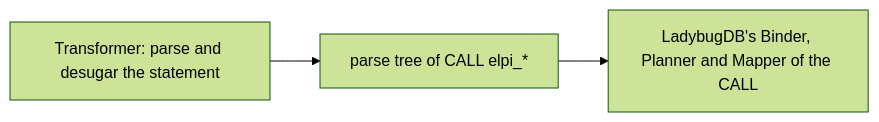
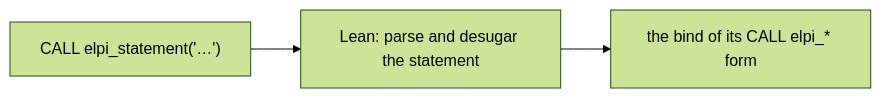
The diagram in openspec/changes/add-ecosystem/specs/custom-statements/spec.md (Volland/marien), drawn with Mermaid (forest theme) before and after one commit. The commit also changed other lines of this file and 13 other files, not shown here.

````diff
--- a/openspec/changes/add-ecosystem/specs/custom-statements/spec.md
+++ b/openspec/changes/add-ecosystem/specs/custom-statements/spec.md
@@ -24,5 +30,5 @@
 ```mermaid
 flowchart LR
-  P[Transformer: parse and desugar the statement] --> T[parse tree of CALL elpi_*]
-  T --> B[LadybugDB's Binder, Planner and Mapper of the CALL]
+  S["CALL elpi_statement('…')"] --> P[Lean: parse and desugar the statement]
+  P --> B[the bind of its CALL elpi_* form]
 ```
````
